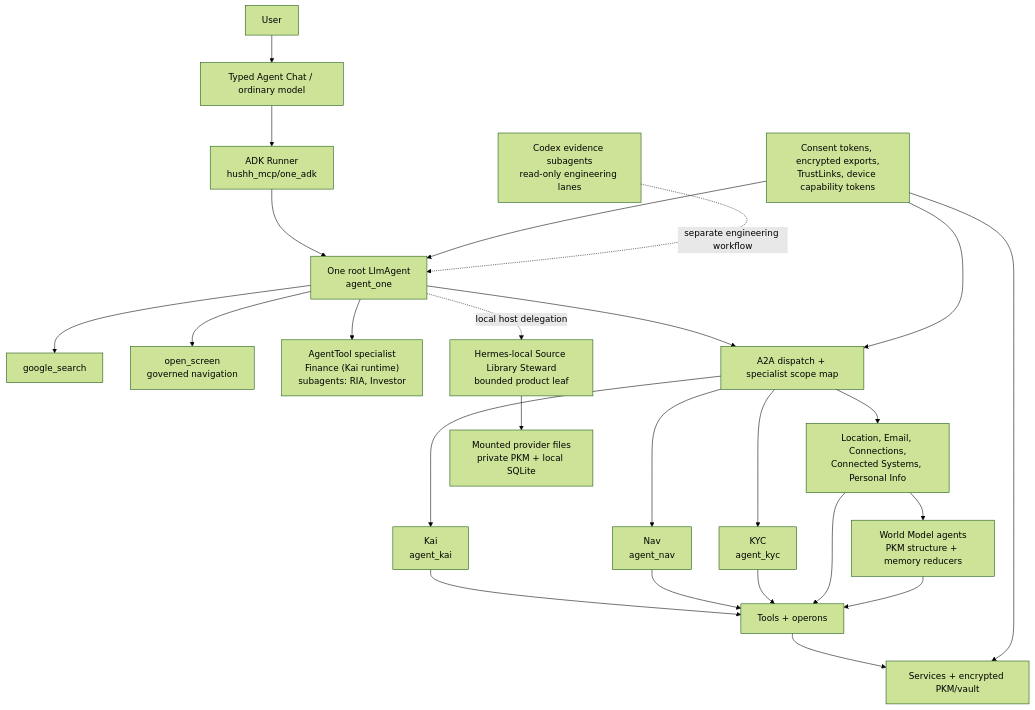
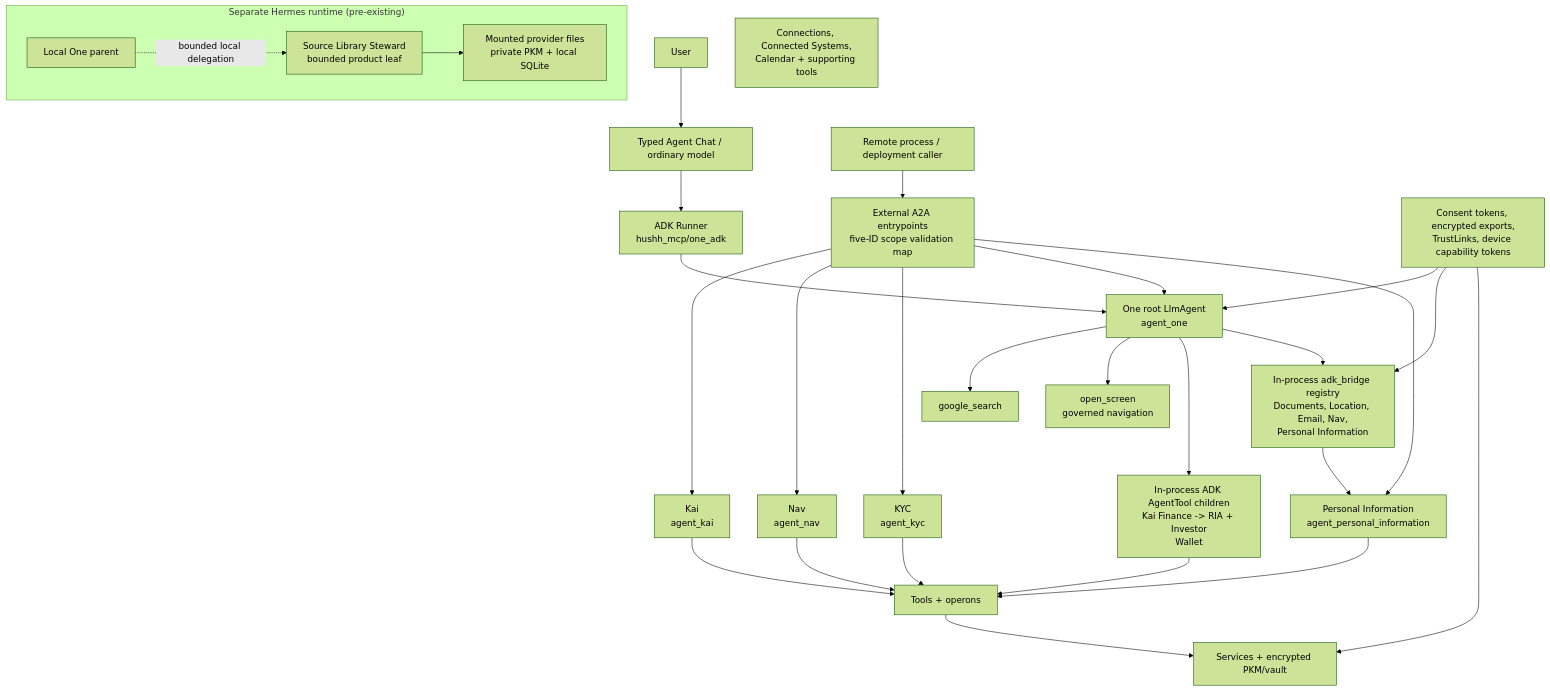
Before and after one commit to hushh-labs/hushh-research: the diagram in docs/reference/one/one-agent-hierarchy.md, drawn with Mermaid (forest theme). The commit also changed other lines of this file and 22 other files, not shown here.

Commit message:
docs: preserve ADK runtime and Plaid audit before integration

````diff
--- a/docs/reference/one/one-agent-hierarchy.md
+++ b/docs/reference/one/one-agent-hierarchy.md
@@ -7,47 +7,53 @@
 ```mermaid
 flowchart TD
   user["User"]
   voice["Typed Agent Chat / ordinary model"]
   runner["ADK Runner<br/>hushh_mcp/one_adk"]
   one["One root LlmAgent<br/>agent_one"]
   search["google_search"]
   nav_tool["open_screen<br/>governed navigation"]
-  agenttools["AgentTool specialist<br/>Finance (Kai runtime)<br/>subagents: RIA, Investor"]
-  a2a["A2A dispatch + specialist scope map"]
+  agenttools["In-process ADK AgentTool children<br/>Kai Finance -> RIA + Investor<br/>Wallet"]
+  dispatch["In-process adk_bridge registry<br/>Documents, Location, Email, Nav,<br/>Personal Information"]
+  remoteCaller["Remote process / deployment caller"]
+  a2a["External A2A entrypoints<br/>five-ID scope validation map"]
   kai["Kai<br/>agent_kai"]
   nav["Nav<br/>agent_nav"]
   kyc["KYC<br/>agent_kyc"]
-  support["Location, Email, Connections,<br/>Connected Systems, Personal Info"]
-  memory["World Model agents<br/>PKM structure + memory reducers"]
-  source["Hermes-local Source Library Steward<br/>bounded product leaf"]
-  sourceplane["Mounted provider files<br/>private PKM + local SQLite"]
+  support["Connections, Connected Systems,<br/>Calendar + supporting tools"]
+  personalInfo["Personal Information<br/>agent_personal_information"]
   operons["Tools + operons"]
   services["Services + encrypted PKM/vault"]
   consent["Consent tokens, encrypted exports,<br/>TrustLinks, device capability tokens"]
-  codex["Codex evidence subagents<br/>read-only engineering lanes"]
 
   user --> voice
   voice --> runner
   runner --> one
   one --> search
   one --> nav_tool
   one --> agenttools
-  one --> a2a
-  one -.local host delegation.-> source
+  one --> dispatch
+  remoteCaller --> a2a
   a2a --> kai
   a2a --> nav
   a2a --> kyc
-  a2a --> support
-  support --> memory
+  a2a --> one
+  a2a --> personalInfo
+  dispatch --> personalInfo
+  agenttools --> operons
   kai --> operons
   nav --> operons
   kyc --> operons
-  support --> operons
-  memory --> operons
-  source --> sourceplane
+  personalInfo --> operons
   operons --> services
   consent --> one
-  consent --> a2a
+  consent --> dispatch
   consent --> services
-  codex -.separate engineering workflow.-> one
+
+  subgraph hermes["Separate Hermes runtime (pre-existing)"]
+    hermesOne["Local One parent"]
+    source["Source Library Steward<br/>bounded product leaf"]
+    sourceplane["Mounted provider files<br/>private PKM + local SQLite"]
+    hermesOne -.bounded local delegation.-> source
+    source --> sourceplane
+  end
 ```
````
